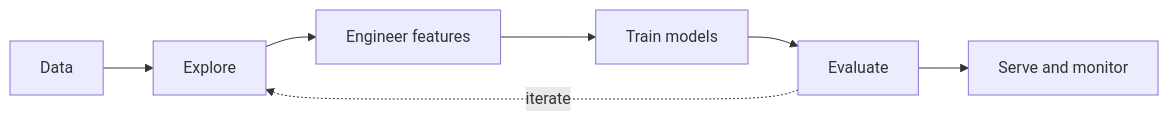
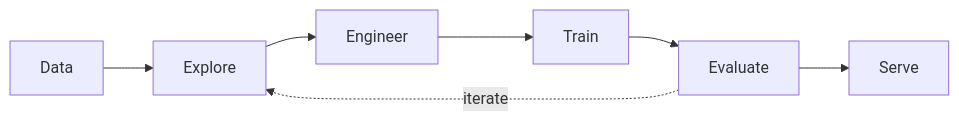
One commit to RAKAN-A-ALNUSAYRI/RAKAN-A-ALNUSAYRI changed the diagram in README.md. Above: the diagram before and after it, drawn with Mermaid. The commit also changed other lines of this file and 8 other files, not shown here.

````diff
--- a/README.md
+++ b/README.md
@@ -33,9 +66,9 @@
 ```mermaid
 flowchart LR
     A[Data] --> B[Explore]
-    B --> C[Engineer features]
-    C --> D[Train models]
+    B --> C[Engineer]
+    C --> D[Train]
     D --> E[Evaluate]
-    E --> F[Serve and monitor]
+    E --> F[Serve]
     E -. iterate .-> B
 ```
````
